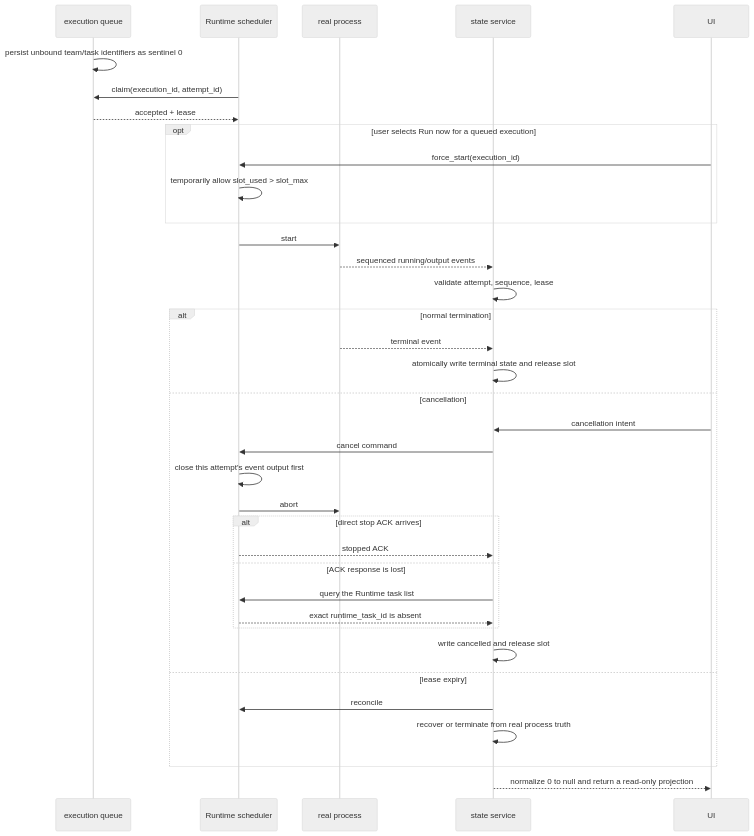
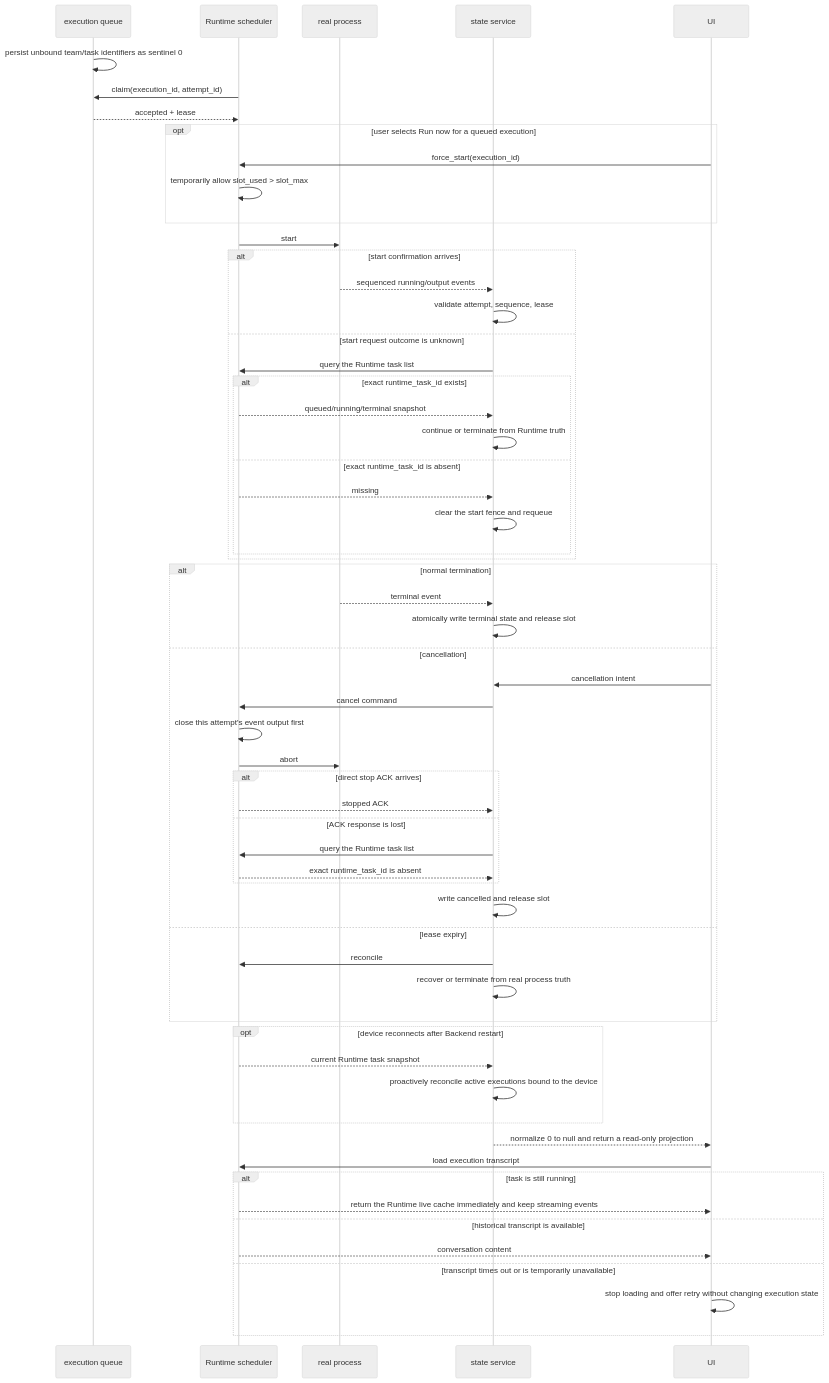
Before and after one commit to wecode-ai/Wegent: the second of 2 diagrams in docs/en/architecture/project-execution-state.md, drawn with Mermaid (neutral theme). The commit also changed other lines of this file and 36 other files, not shown here.

````diff
--- a/docs/en/architecture/project-execution-state.md
+++ b/docs/en/architecture/project-execution-state.md
@@ -28,39 +33,62 @@
 ```mermaid
 sequenceDiagram
     participant Q as execution queue
     participant R as Runtime scheduler
     participant P as real process
     participant S as state service
     participant U as UI
 
     Q->>Q: persist unbound team/task identifiers as sentinel 0
     R->>Q: claim(execution_id, attempt_id)
     Q-->>R: accepted + lease
     opt user selects Run now for a queued execution
         U->>R: force_start(execution_id)
         R->>R: temporarily allow slot_used > slot_max
     end
     R->>P: start
-    P-->>S: sequenced running/output events
-    S->>S: validate attempt, sequence, lease
+    alt start confirmation arrives
+        P-->>S: sequenced running/output events
+        S->>S: validate attempt, sequence, lease
+    else start request outcome is unknown
+        S->>R: query the Runtime task list
+        alt exact runtime_task_id exists
+            R-->>S: queued/running/terminal snapshot
+            S->>S: continue or terminate from Runtime truth
+        else exact runtime_task_id is absent
+            R-->>S: missing
+            S->>S: clear the start fence and requeue
+        end
+    end
     alt normal termination
         P-->>S: terminal event
         S->>S: atomically write terminal state and release slot
     else cancellation
         U->>S: cancellation intent
         S->>R: cancel command
         R->>R: close this attempt's event output first
         R->>P: abort
         alt direct stop ACK arrives
             R-->>S: stopped ACK
         else ACK response is lost
             S->>R: query the Runtime task list
             R-->>S: exact runtime_task_id is absent
         end
         S->>S: write cancelled and release slot
     else lease expiry
         S->>R: reconcile
         S->>S: recover or terminate from real process truth
     end
+    opt device reconnects after Backend restart
+        R-->>S: current Runtime task snapshot
+        S->>S: proactively reconcile active executions bound to the device
+    end
     S-->>U: normalize 0 to null and return a read-only projection
+    U->>R: load execution transcript
+    alt task is still running
+        R-->>U: return the Runtime live cache immediately and keep streaming events
+    else historical transcript is available
+        R-->>U: conversation content
+    else transcript times out or is temporarily unavailable
+        U->>U: stop loading and offer retry without changing execution state
+    end
 ```
````
